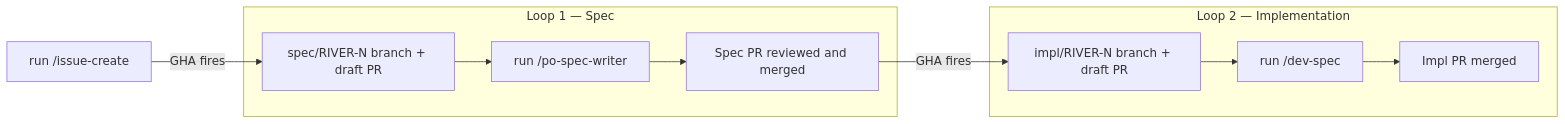
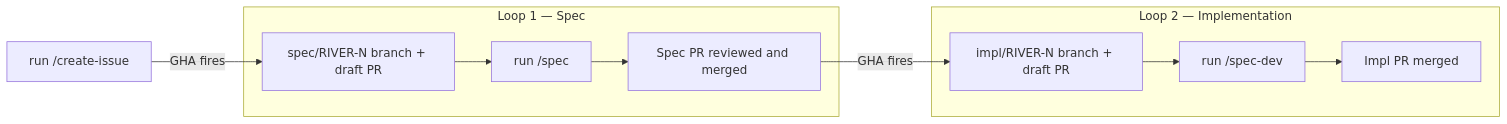
Before and after one commit to bsterligov/river-spec: the diagram in docs/v0.md, drawn with Mermaid. The commit also changed other lines of this file and 19 other files, not shown here.

````diff
--- a/docs/v0.md
+++ b/docs/v0.md
@@ -7,18 +7,18 @@
 ```mermaid
 flowchart LR
-    A["run /issue-create"] -->|GHA fires| B
+    A["run /create-issue"] -->|GHA fires| B
 
     subgraph L1["Loop 1 — Spec"]
         B["spec/RIVER-N branch + draft PR"]
-        B --> C["run /po-spec-writer"]
+        B --> C["run /spec"]
         C --> D[Spec PR reviewed and merged]
     end
 
     D -->|GHA fires| E
 
     subgraph L2["Loop 2 — Implementation"]
         E["impl/RIVER-N branch + draft PR"]
-        E --> F["run /dev-spec"]
+        E --> F["run /spec-dev"]
         F --> G[Impl PR merged]
     end
 ```
````
